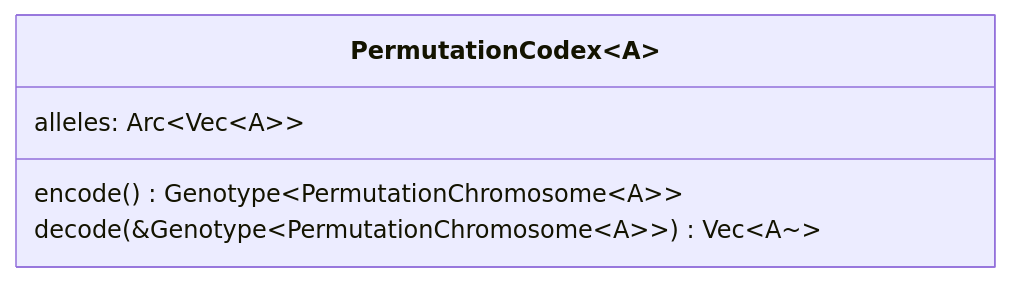
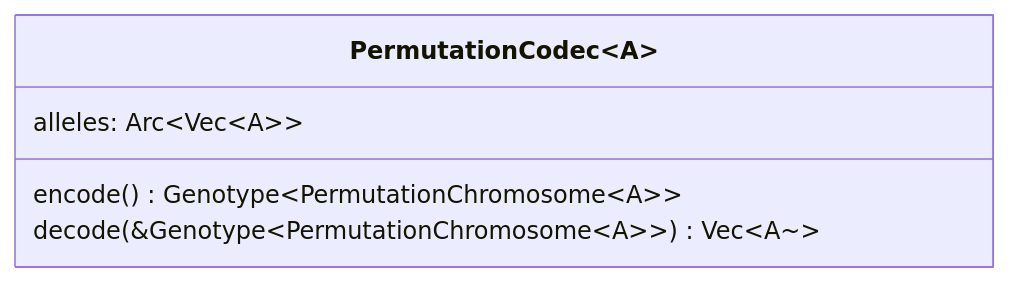
The fifth of 6 diagrams in docs/source/codex.md (pkalivas/radiate), drawn with Mermaid before and after one commit. The commit also changed other lines of this file and 58 other files, not shown here.

````diff
--- a/docs/source/codex.md
+++ b/docs/source/codex.md
@@ -143,9 +136,9 @@
         ```mermaid
         classDiagram
-            class PermutationCodex~A~ {
+            class PermutationCodec~A~ {
                 alleles: Arc~Vec~A~~
                 
                 encode() Genotype~PermutationChromosome~A~~
                 decode(&Genotype~PermutationChromosome~A~~) Vec~A~~
             }
         ```
````
